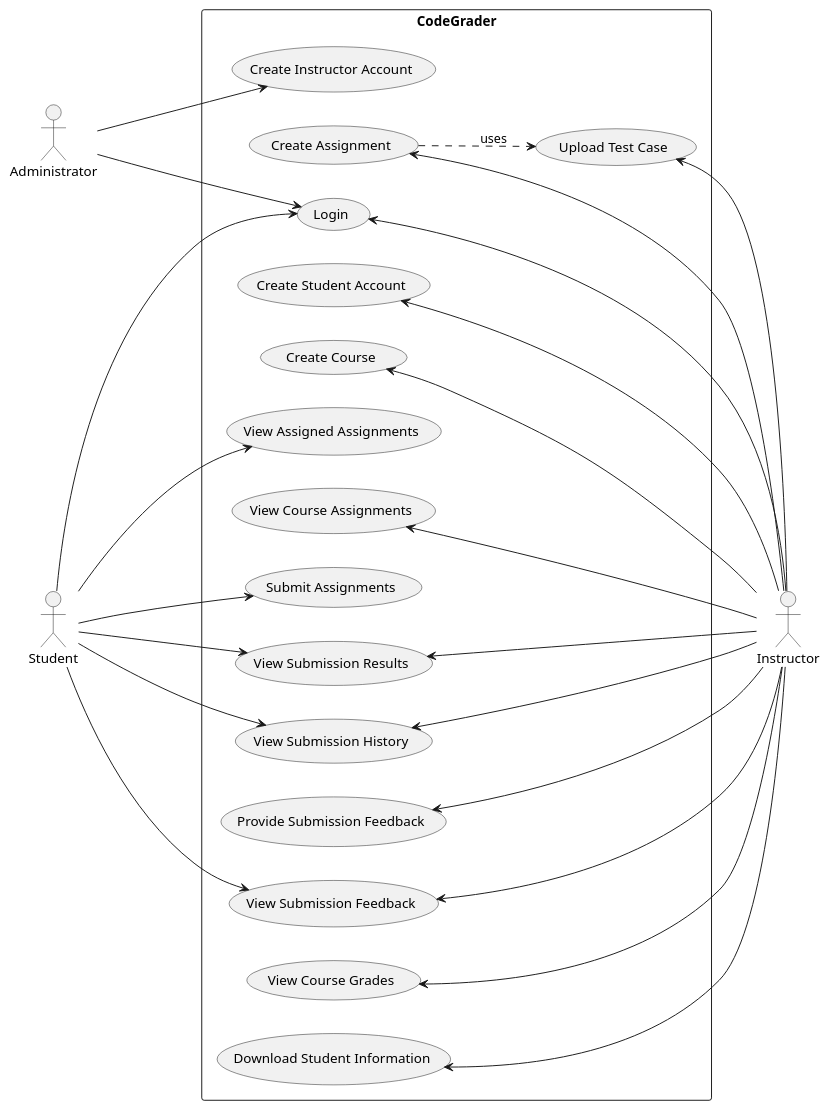
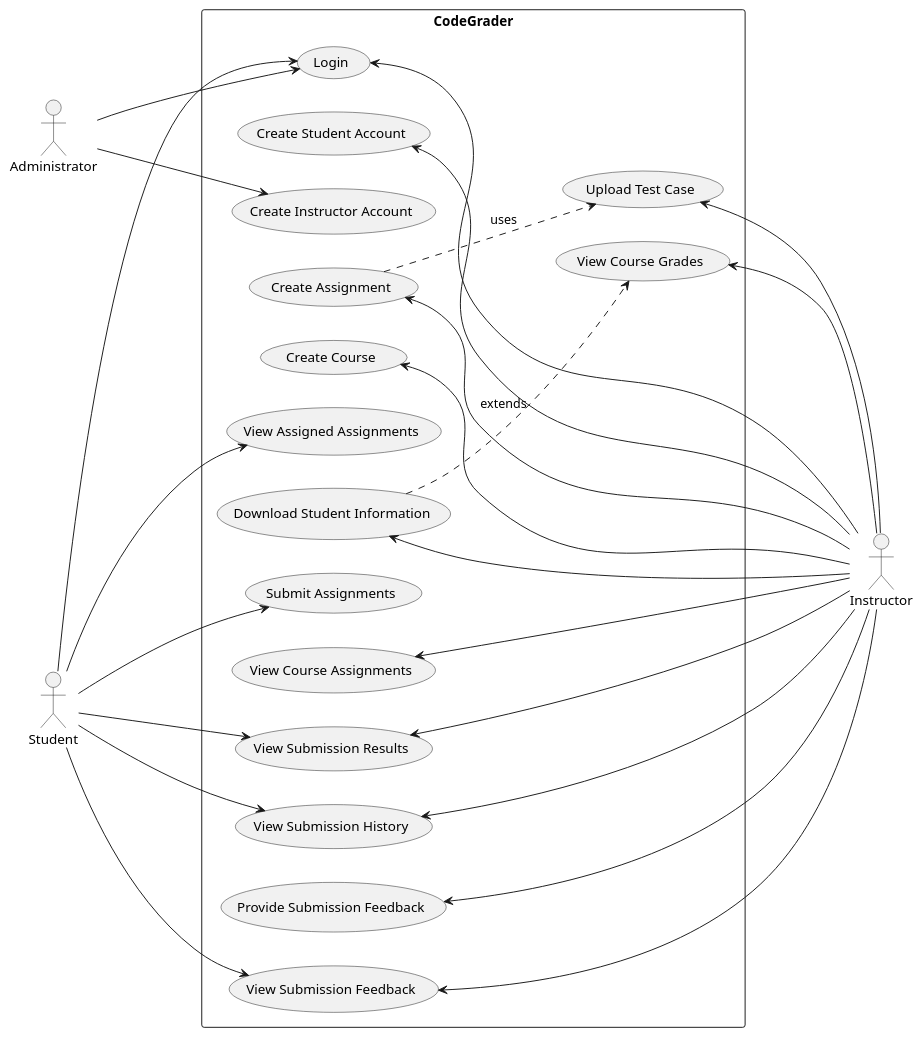
Before and after one commit to LittleTealeaf/SER-340-Project: the diagram in docs/srs/diagrams.puml, drawn with PlantUML. The commit also changed 1 other file, not shown here.

```diff
--- a/docs/srs/diagrams.puml
+++ b/docs/srs/diagrams.puml
@@ -1,53 +1,54 @@
 @startuml Use Case Diagram
 skinparam packageStyle rectangle
 left to right direction
 
 :Administrator:
 :Instructor:
 :Student:
 
 
 rectangle CodeGrader {
 
   (Login)
   (Create Instructor Account)
   (Create Student Account)
   (Create Course)
   (Create Assignment)
   (View Assigned Assignments)
   (View Course Assignments)
   (Submit Assignments)
   (View Submission Results)
   (View Submission History)
   (Provide Submission Feedback)
   (View Submission Feedback)
   (View Course Grades)
   (Download Student Information)
   (Upload Test Case)
 
   (Create Assignment) ..> (Upload Test Case) : uses
+  (Download Student Information) ..> (View Course Grades) : extends
 }
 Administrator ---> (Login)
 Administrator ---> (Create Instructor Account)
 (Login) <--- Instructor
 (Create Student Account) <--- Instructor
 (Create Course) <--- Instructor
 (Create Assignment) <--- Instructor
 (View Submission Results) <--- Instructor
 (View Submission History) <--- Instructor
 (View Course Assignments) <--- Instructor
 (View Submission Feedback) <--- Instructor
 (Provide Submission Feedback) <--- Instructor
 (View Course Grades) <--- Instructor
 (Download Student Information) <--- Instructor
 (Upload Test Case) <--- Instructor
 Student ---> (Login)
 Student ---> (View Submission History)
 Student ---> (View Submission Results)
 Student ---> (Submit Assignments)
 Student ---> (View Submission Feedback)
 Student ---> (View Assigned Assignments)
 
 
 
 @enduml
```
